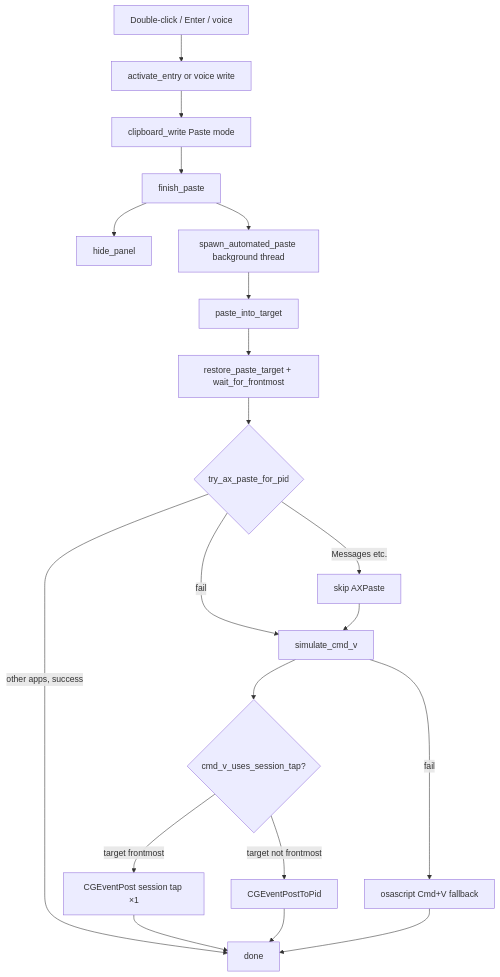
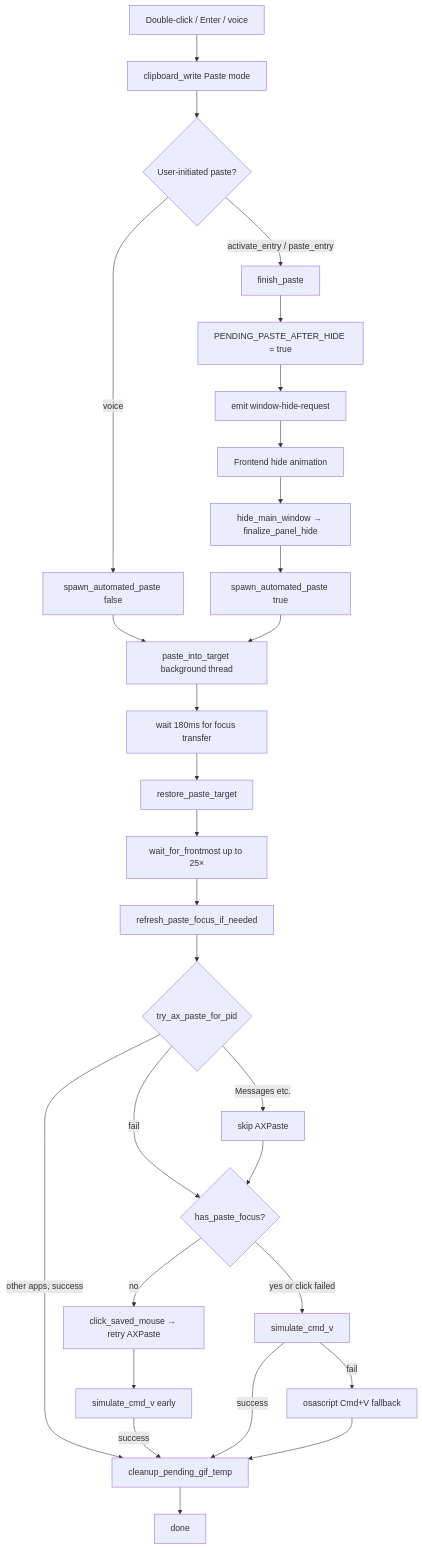
One commit to vakovalskii/copyosity changed the diagram in docs/architecture/macos-paste-pipeline.md. Above: the diagram before and after it, drawn with Mermaid. The commit also changed other lines of this file and 10 other files, not shown here.

Commit message:
docs(plans): roadmap refresh and 0.4.0 features and improvements backlog

````diff
--- a/docs/architecture/macos-paste-pipeline.md
+++ b/docs/architecture/macos-paste-pipeline.md
@@ -9,22 +9,31 @@
 ```mermaid
 flowchart TD
-    UI[Double-click / Enter / voice] --> AE[activate_entry or voice write]
-    AE --> CW[clipboard_write Paste mode]
-    CW --> FP[finish_paste]
-    FP --> HP[hide_panel]
-    FP --> SAP[spawn_automated_paste background thread]
-    SAP --> PIT[paste_into_target]
-    PIT --> RPT[restore_paste_target + wait_for_frontmost]
-    RPT --> AX{try_ax_paste_for_pid}
+    UI[Double-click / Enter / voice] --> WRITE[clipboard_write Paste mode]
+    WRITE --> FP{User-initiated paste?}
+    FP -->|activate_entry / paste_entry| DEFER[finish_paste]
+    FP -->|voice| DIRECT[spawn_automated_paste false]
+    DEFER --> FLAG[PENDING_PASTE_AFTER_HIDE = true]
+    FLAG --> HREQ[emit window-hide-request]
+    HREQ --> ANIM[Frontend hide animation]
+    ANIM --> HIDE[hide_main_window → finalize_panel_hide]
+    HIDE --> SAP[spawn_automated_paste true]
+    DIRECT --> PIT
+    SAP --> PIT[paste_into_target background thread]
+    PIT --> SLEEP[wait 180ms for focus transfer]
+    SLEEP --> RPT[restore_paste_target]
+    RPT --> WAIT[wait_for_frontmost up to 25×]
+    WAIT --> REF[refresh_paste_focus_if_needed]
+    REF --> AX{try_ax_paste_for_pid}
     AX -->|Messages etc.| SKIP[skip AXPaste]
-    AX -->|other apps, success| DONE[done]
-    AX -->|fail| CMD[simulate_cmd_v]
-    SKIP --> CMD
-    CMD --> ROUTE{cmd_v_uses_session_tap?}
-    ROUTE -->|target frontmost| SESSION[CGEventPost session tap ×1]
-    ROUTE -->|target not frontmost| PID[CGEventPostToPid]
-    CMD -->|fail| OSASCRIPT[osascript Cmd+V fallback]
-    SESSION --> DONE
-    PID --> DONE
-    OSASCRIPT --> DONE
+    AX -->|other apps, success| CLEAN[cleanup_pending_gif_temp]
+    AX -->|fail| FOCUS{has_paste_focus?}
+    SKIP --> FOCUS
+    FOCUS -->|no| CLICK[click_saved_mouse → retry AXPaste]
+    CLICK --> CMD1[simulate_cmd_v early]
+    FOCUS -->|yes or click failed| CMD2[simulate_cmd_v]
+    CMD1 -->|success| CLEAN
+    CMD2 -->|success| CLEAN
+    CMD2 -->|fail| OSASCRIPT[osascript Cmd+V fallback]
+    OSASCRIPT --> CLEAN
+    CLEAN --> DONE[done]
 ```
````
